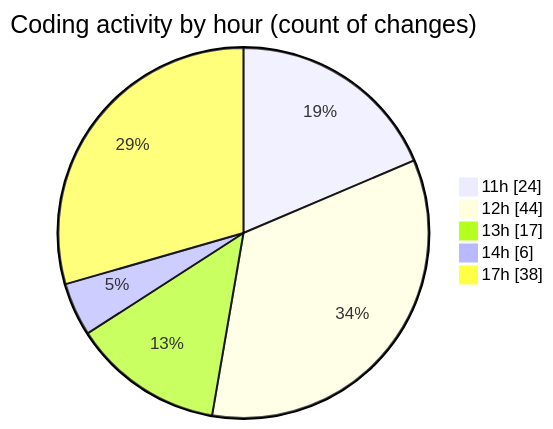
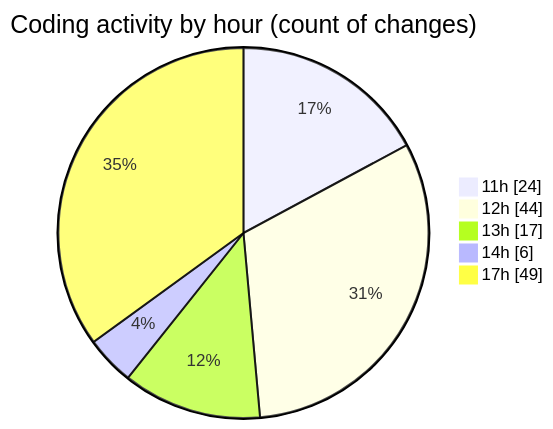
Before and after one commit to nxtqubesakshisongat/code-tracking: the second of 2 diagrams in 2025-05-10/argos-dev/README.md, drawn with Mermaid. The commit also changed other lines of this file and 1 other file, not shown here.

````diff
--- a/2025-05-10/argos-dev/README.md
+++ b/2025-05-10/argos-dev/README.md
@@ -37,9 +37,9 @@
 ```mermaid
 pie showData
 title Coding activity by hour (count of changes)
 "11h" : 24
 "12h" : 44
 "13h" : 17
 "14h" : 6
-"17h" : 38
+"17h" : 49
 ```
````
